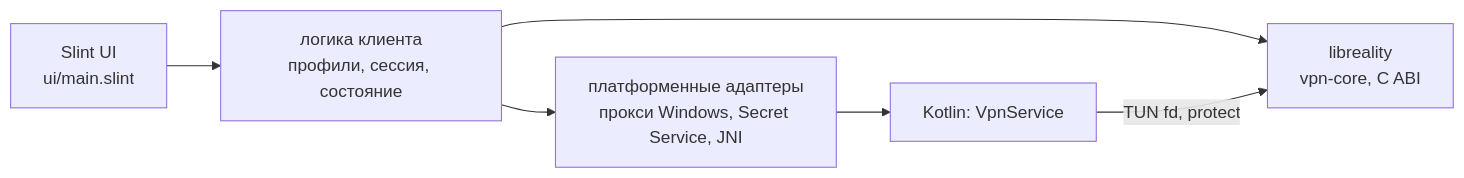
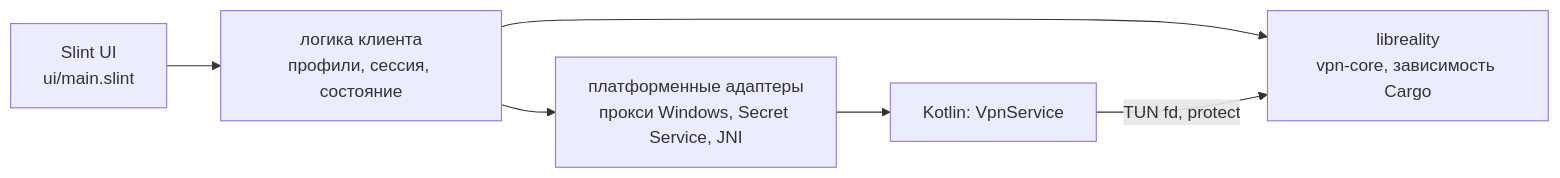
Before and after one commit to ERGFT/reality-client: the diagram in README.md, drawn with Mermaid. The commit also changed other lines of this file and 32 other files, not shown here.

First line of the commit message:
build: vpn-core as a Cargo dependency instead of dlopen (stage 4, part 2)

````diff
--- a/README.md
+++ b/README.md
@@ -91,8 +91,8 @@
 ```mermaid
 flowchart LR
   UI[Slint UI<br/>ui/main.slint] --> L[логика клиента<br/>профили, сессия, состояние]
   L --> P[платформенные адаптеры<br/>прокси Windows, Secret Service, JNI]
-  L --> C[libreality<br/>vpn-core, C ABI]
+  L --> C[libreality<br/>vpn-core, зависимость Cargo]
   A[Kotlin: VpnService] -- TUN fd, protect --> C
   P --> A
 ```
````
